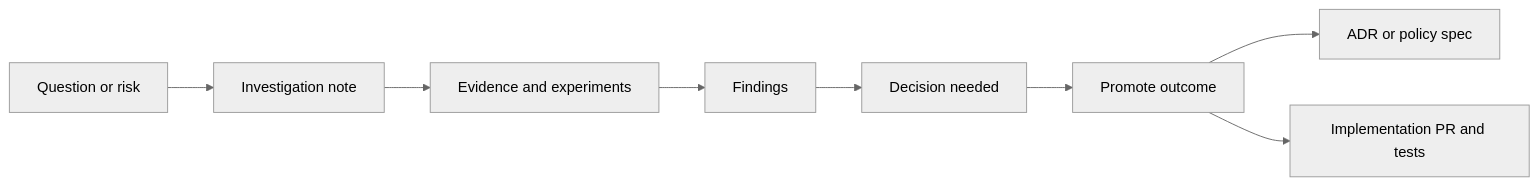
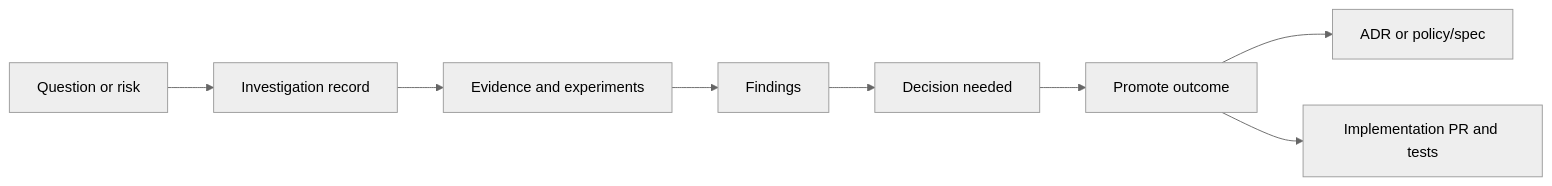
Before and after one commit to bartytime4life/Kansas-Frontier-Matrix: the diagram in docs/investigations/README.md, drawn with Mermaid (neutral theme). The commit also changed other lines of this file, not shown here.

````diff
--- a/docs/investigations/README.md
+++ b/docs/investigations/README.md
@@ -43,10 +51,10 @@
 ```mermaid
 flowchart LR
-  Q[Question or risk] --> I[Investigation note]
+  Q[Question or risk] --> I[Investigation record]
   I --> E[Evidence and experiments]
   E --> F[Findings]
   F --> D[Decision needed]
   D --> P[Promote outcome]
-  P --> ADR[ADR or policy spec]
+  P --> ADR[ADR or policy/spec]
   P --> PR[Implementation PR and tests]
 ```
````
